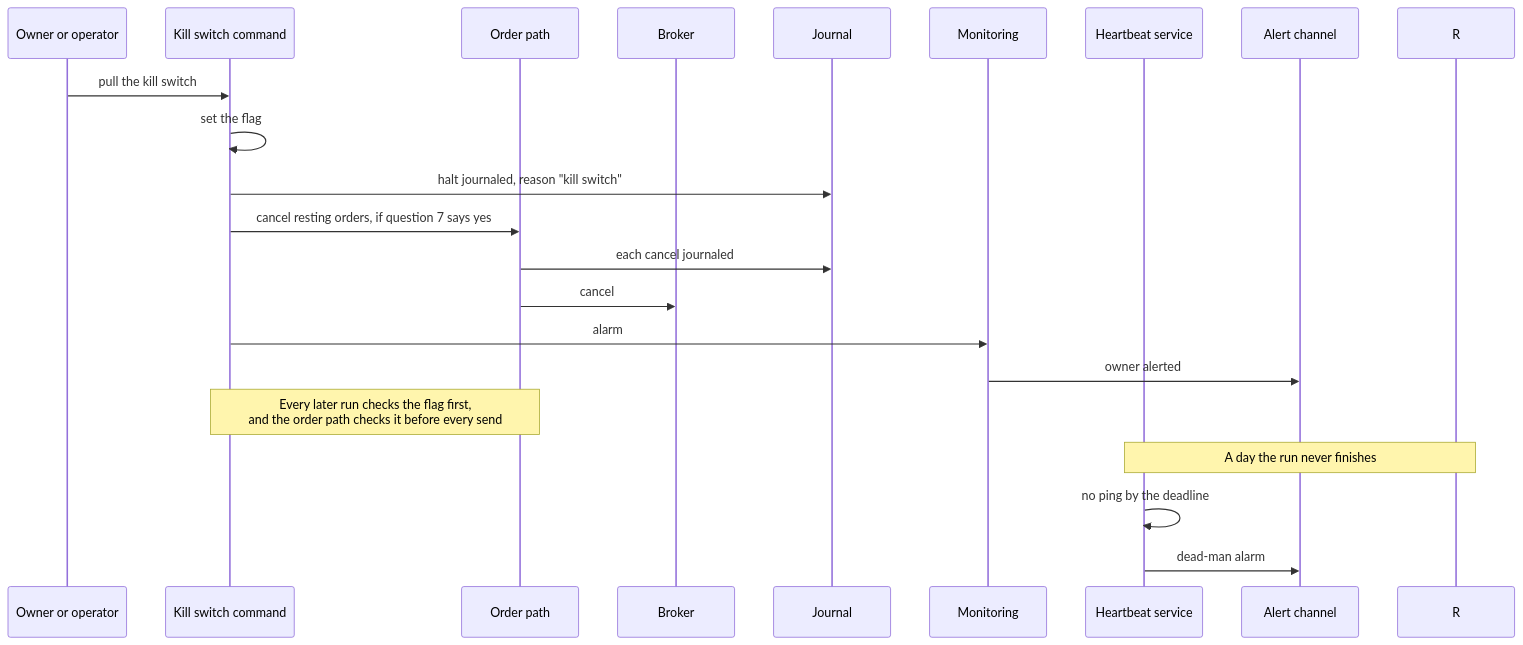
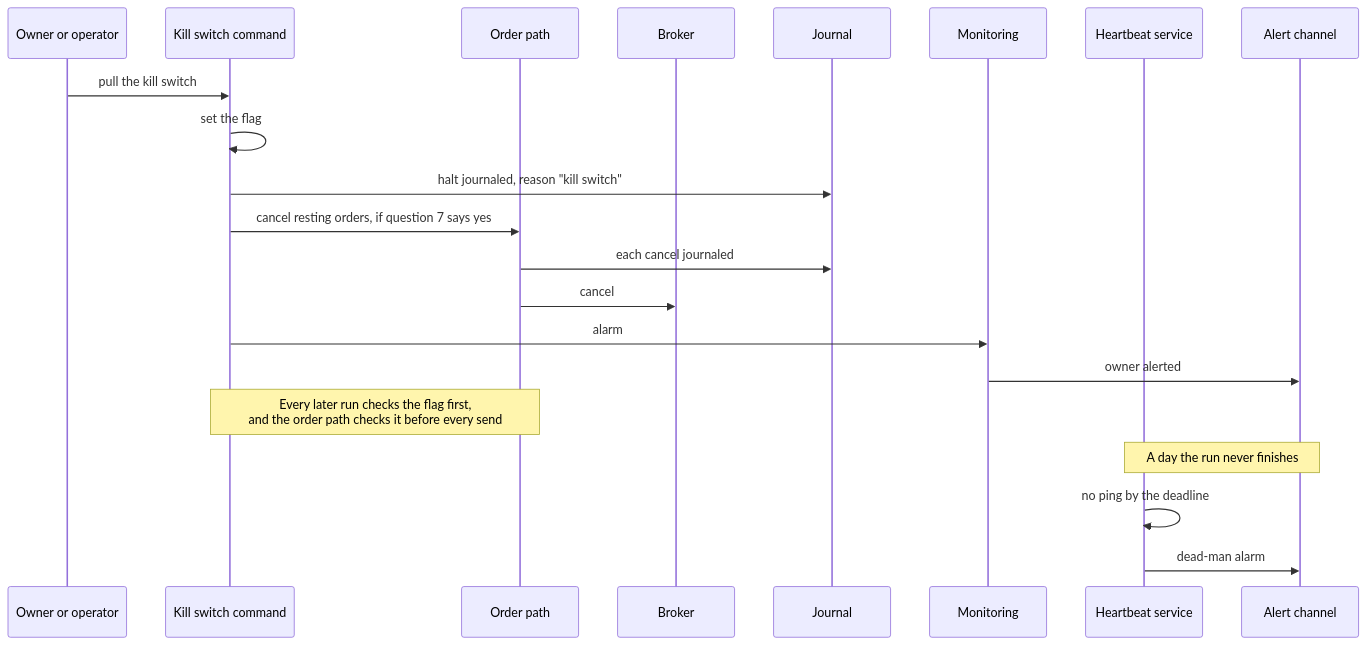
The ninth of 16 diagrams in docs/architecture.md (l3a0/ithildin-runtime), drawn with Mermaid before and after one commit. The commit also changed other lines of this file, not shown here.

First line of the commit message:
docs(architecture): fix what the third review round found

````diff
--- a/docs/architecture.md
+++ b/docs/architecture.md
@@ -556,25 +562,25 @@
 ```mermaid
 sequenceDiagram
     participant P as Owner or operator
     participant K as Kill switch command
     participant X as Order path
     participant B as Broker
     participant J as Journal
     participant M as Monitoring
     participant H as Heartbeat service
     participant A as Alert channel
 
     P->>K: pull the kill switch
     K->>K: set the flag
     K->>J: halt journaled, reason "kill switch"
     K->>X: cancel resting orders, if question 7 says yes
     X->>J: each cancel journaled
     X->>B: cancel
     K->>M: alarm
     M->>A: owner alerted
     Note over K,X: Every later run checks the flag first,<br/>and the order path checks it before every send
 
-    Note over R,H: A day the run never finishes
+    Note over H,A: A day the run never finishes
     H->>H: no ping by the deadline
     H->>A: dead-man alarm
 ```
````
